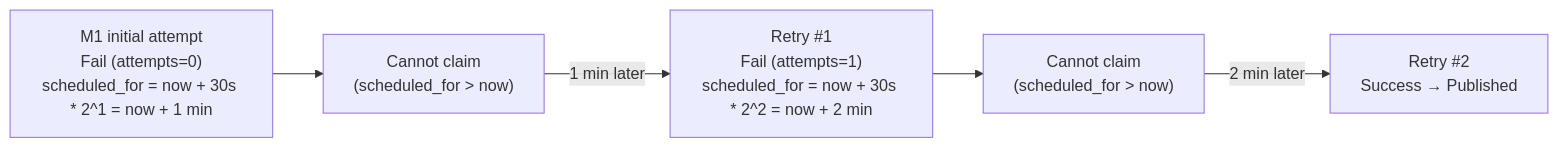
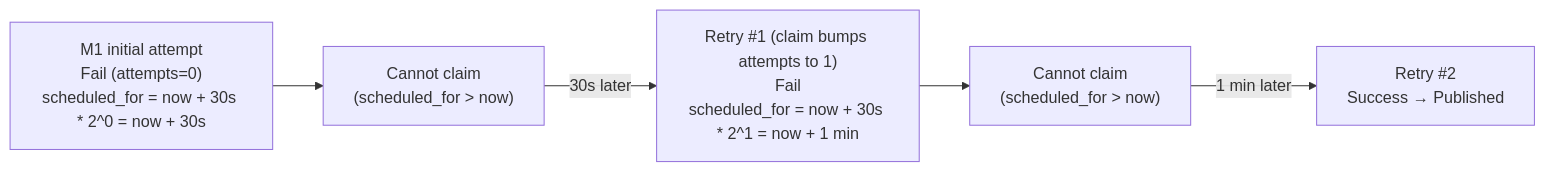
One commit to whizbang-lib/whizbang-lib.github.io changed the second of 3 diagrams in src/assets/docs/v1.0.0/messaging/failure-handling.md. Above: the diagram before and after it, drawn with Mermaid. The commit also changed other lines of this file and 38 other files, not shown here.

````diff
--- a/src/assets/docs/v1.0.0/messaging/failure-handling.md
+++ b/src/assets/docs/v1.0.0/messaging/failure-handling.md
@@ -118,17 +145,17 @@
 ```mermaid
 flowchart LR
-    F0["M1 initial attempt<br/>Fail (attempts=0)<br/>scheduled_for = now + 30s * 2^1 = now + 1 min"]
+    F0["M1 initial attempt<br/>Fail (attempts=0)<br/>scheduled_for = now + 30s * 2^0 = now + 30s"]
     W0["Cannot claim<br/>(scheduled_for > now)"]
-    R1["Retry #1<br/>Fail (attempts=1)<br/>scheduled_for = now + 30s * 2^2 = now + 2 min"]
+    R1["Retry #1 (claim bumps attempts to 1)<br/>Fail<br/>scheduled_for = now + 30s * 2^1 = now + 1 min"]
     W1["Cannot claim<br/>(scheduled_for > now)"]
     R2["Retry #2<br/>Success → Published"]
 
     F0 --> W0
-    W0 -->|"1 min later"| R1
+    W0 -->|"30s later"| R1
     R1 --> W1
-    W1 -->|"2 min later"| R2
+    W1 -->|"1 min later"| R2
 
     class F0,R1 layer-event
     class W0,W1 layer-command
     class R2 layer-core
 ```
````
